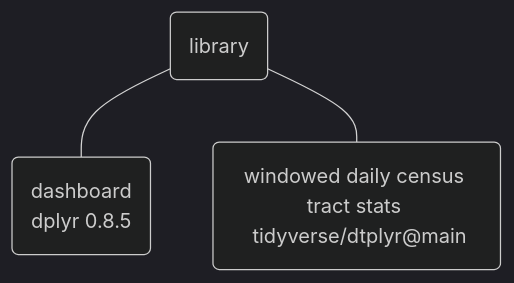
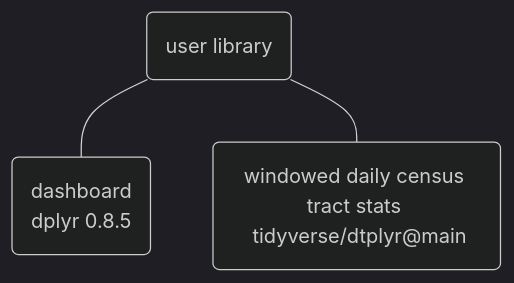
One commit to edavidaja/you-should-use-renv changed the second of 5 diagrams in index.qmd. Above: the diagram before and after it, drawn with Mermaid. The commit also changed other lines of this file, not shown here.

Commit message:
save mermaids

````diff
--- a/index.qmd
+++ b/index.qmd
@@ -182,9 +178,10 @@
 ```{mermaid}
+%%| fig-width: 800px
 %%{init: {"theme": "dark" } }%%
 graph
 L --- P1
 L --- P2
-L(library)
+L(user library)
 P1(dashboard <br/> dplyr 0.8.5)
 P2("windowed daily census tract stats <br/> tidyverse/dtplyr@main")
 ```
````
